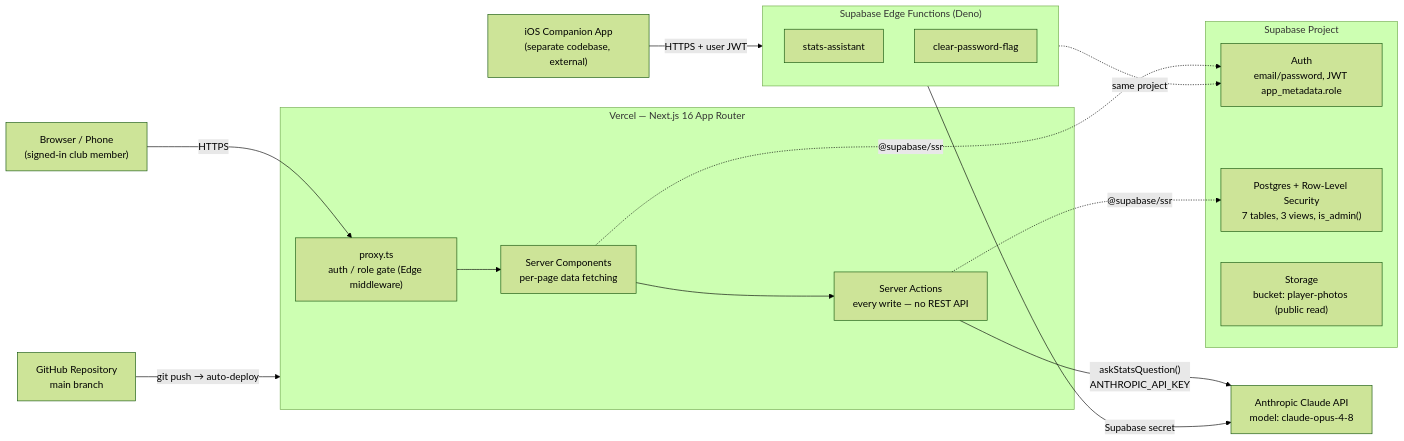
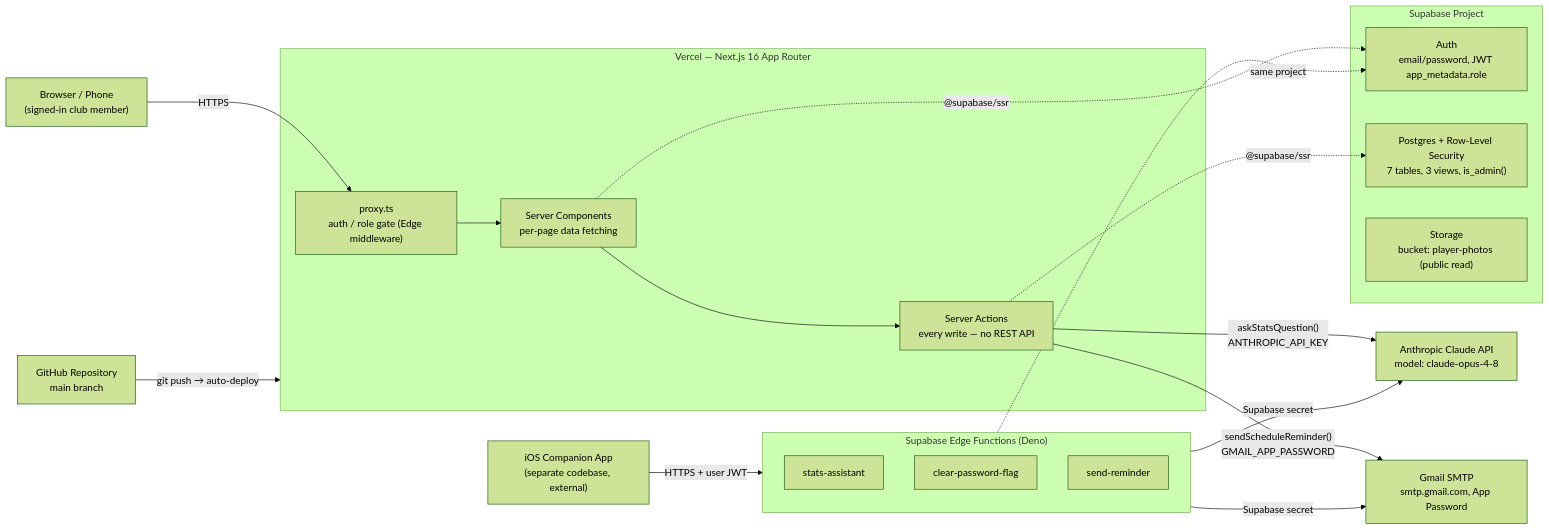
One commit to mikelhlim/pickleball_mgmt changed the first of 6 diagrams in docs/ARCHITECTURE.md. Above: the diagram before and after it, drawn with Mermaid (forest theme). The commit also changed other lines of this file and 3 other files, not shown here.

First line of the commit message:
Track supabase/functions/ and document the send-reminder Edge Function

````diff
--- a/docs/ARCHITECTURE.md
+++ b/docs/ARCHITECTURE.md
@@ -75,35 +81,39 @@
 ```mermaid
 flowchart LR
     U["Browser / Phone<br/>(signed-in club member)"]
 
     subgraph Vercel["Vercel — Next.js 16 App Router"]
         Proxy["proxy.ts<br/>auth / role gate (Edge middleware)"]
         RSC["Server Components<br/>per-page data fetching"]
         SA["Server Actions<br/>every write — no REST API"]
         Proxy --> RSC --> SA
     end
 
     subgraph Supa["Supabase Project"]
         Auth["Auth<br/>email/password, JWT app_metadata.role"]
         DB["Postgres + Row-Level Security<br/>7 tables, 3 views, is_admin()"]
         Storage["Storage<br/>bucket: player-photos (public read)"]
     end
 
     Anthropic["Anthropic Claude API<br/>model: claude-opus-4-8"]
+    Gmail["Gmail SMTP<br/>smtp.gmail.com, App Password"]
     GitHub["GitHub Repository<br/>main branch"]
 
     U -- HTTPS --> Proxy
     RSC -. "@supabase/ssr" .-> Auth
     SA -. "@supabase/ssr" .-> DB
     SA -- "askStatsQuestion()<br/>ANTHROPIC_API_KEY" --> Anthropic
+    SA -- "sendScheduleReminder()<br/>GMAIL_APP_PASSWORD" --> Gmail
     GitHub -- "git push → auto-deploy" --> Vercel
 
     IOS["iOS Companion App<br/>(separate codebase, external)"]
     subgraph EdgeFns["Supabase Edge Functions (Deno)"]
         SF["stats-assistant"]
         CPF["clear-password-flag"]
+        SR["send-reminder"]
     end
     IOS -- "HTTPS + user JWT" --> EdgeFns
     EdgeFns -. "same project" .-> Auth
     EdgeFns -- "Supabase secret" --> Anthropic
+    EdgeFns -- "Supabase secret" --> Gmail
 ```
````
